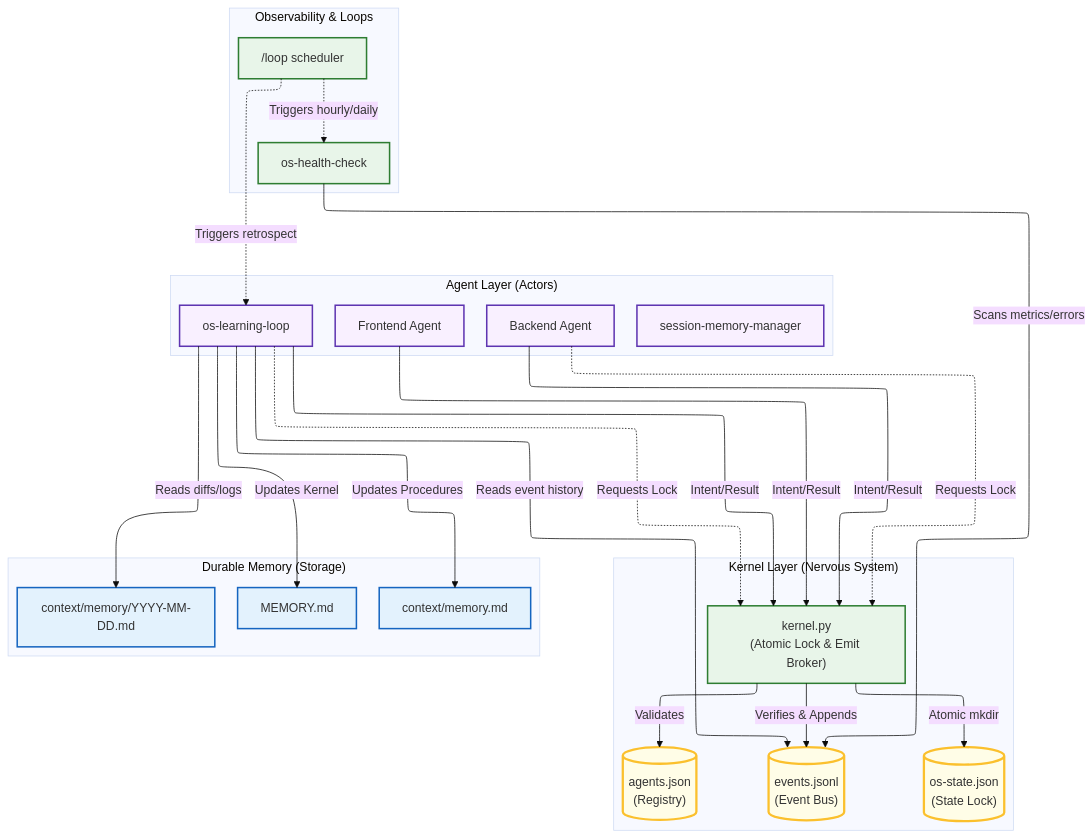
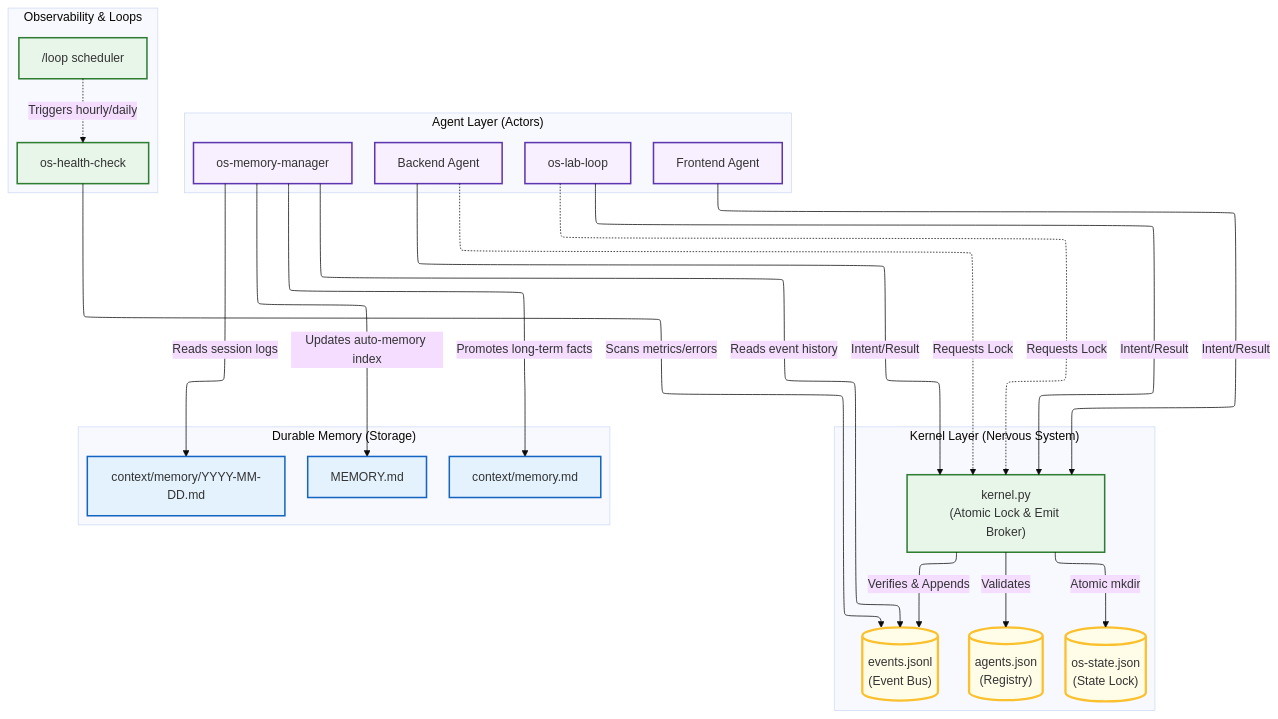
The diagram in plugins/agent-agentic-os/assets/diagrams/event-bus-architecture.mmd (richfrem/agent-plugins-skills), drawn with Mermaid before and after one commit. The commit also changed 292 other files, not shown here.

First line of the commit message:
refactor(agent-agentic-os): consolidate Cluster 2 into os-lab-* skills and one agent

```diff
--- a/plugins/agent-agentic-os/assets/diagrams/event-bus-architecture.mmd
+++ b/plugins/agent-agentic-os/assets/diagrams/event-bus-architecture.mmd
@@ -1,61 +1,60 @@
 ---
 config:
   layout: elk
   theme: base
 ---
 flowchart TB
  subgraph subGraph0["Agent Layer (Actors)"]
         backend_agent["Backend Agent"]
         frontend_agent["Frontend Agent"]
-        os_learning_loop["os-learning-loop"]
-        memory_manager["session-memory-manager"]
+        os_lab_loop["os-lab-loop"]
+        memory_manager["os-memory-manager"]
   end
  subgraph subGraph1["Kernel Layer (Nervous System)"]
         kernel_controller["kernel.py<br>(Atomic Lock & Emit Broker)"]
         event_bus[("events.jsonl<br>(Event Bus)")]
         os_state[("os-state.json<br>(State Lock)")]
         registry[("agents.json<br>(Registry)")]
   end
  subgraph subGraph2["Observability & Loops"]
         os_health_check["os-health-check"]
-        /loop["/loop scheduler"]
+        loop_scheduler["/loop scheduler"]
   end
  subgraph subGraph3["Durable Memory (Storage)"]
         memory_md["MEMORY.md"]
         context_memory_md["context/memory.md"]
         dated_logs["context/memory/YYYY-MM-DD.md"]
   end
     backend_agent -- "Intent/Result" --> kernel_controller
     frontend_agent -- "Intent/Result" --> kernel_controller
-    os_learning_loop -- "Intent/Result" --> kernel_controller
+    os_lab_loop -- "Intent/Result" --> kernel_controller
     kernel_controller -- "Verifies & Appends" --> event_bus
     kernel_controller -- "Validates" --> registry
-    os_learning_loop -- Reads event history --> event_bus
-    os_learning_loop -- Reads diffs/logs --> dated_logs
-    os_learning_loop -- Updates Procedures --> context_memory_md
-    os_learning_loop -- Updates Kernel --> memory_md
-    /loop -. Triggers hourly/daily .-> os_health_check
-    /loop -. Triggers retrospect .-> os_learning_loop
+    memory_manager -- Reads event history --> event_bus
+    memory_manager -- Reads session logs --> dated_logs
+    memory_manager -- Promotes long-term facts --> context_memory_md
+    memory_manager -- Updates auto-memory index --> memory_md
+    loop_scheduler -. Triggers hourly/daily .-> os_health_check
     os_health_check -- Scans metrics/errors --> event_bus
     backend_agent -. Requests Lock .-> kernel_controller
-    os_learning_loop -. Requests Lock .-> kernel_controller
+    os_lab_loop -. Requests Lock .-> kernel_controller
     kernel_controller -- "Atomic mkdir" --> os_state
 
      backend_agent:::agent
      frontend_agent:::agent
-     os_learning_loop:::agent
+     os_lab_loop:::agent
      memory_manager:::agent
      kernel_controller:::daemon
      event_bus:::bus
      os_state:::bus
      registry:::bus
      os_health_check:::daemon
-     /loop:::daemon
+     loop_scheduler:::daemon
      memory_md:::storage
      context_memory_md:::storage
      dated_logs:::storage
     classDef agent fill:#f9f0ff,stroke:#5e35b1,stroke-width:2px
     classDef bus fill:#fffde7,stroke:#fbc02d,stroke-width:3px
     classDef storage fill:#e3f2fd,stroke:#1565c0,stroke-width:2px
     classDef daemon fill:#e8f5e9,stroke:#2e7d32,stroke-width:2px
     classDef default fill:#fafafa,stroke:#333,stroke-width:1px
```
